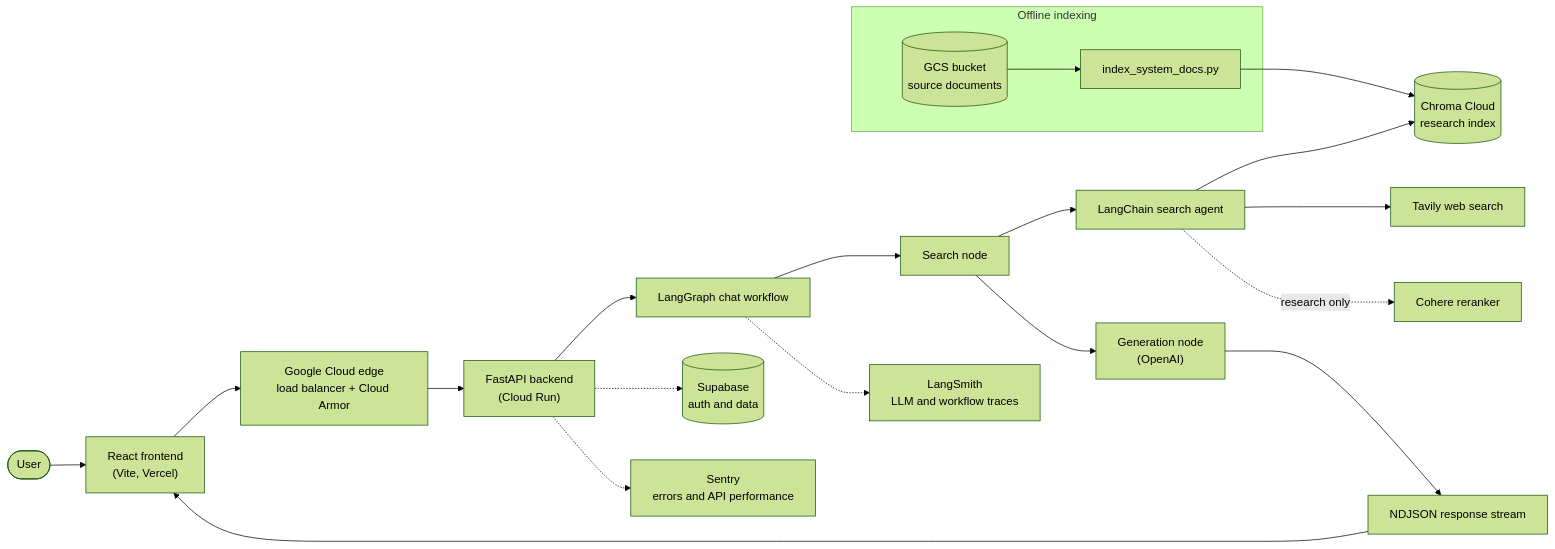
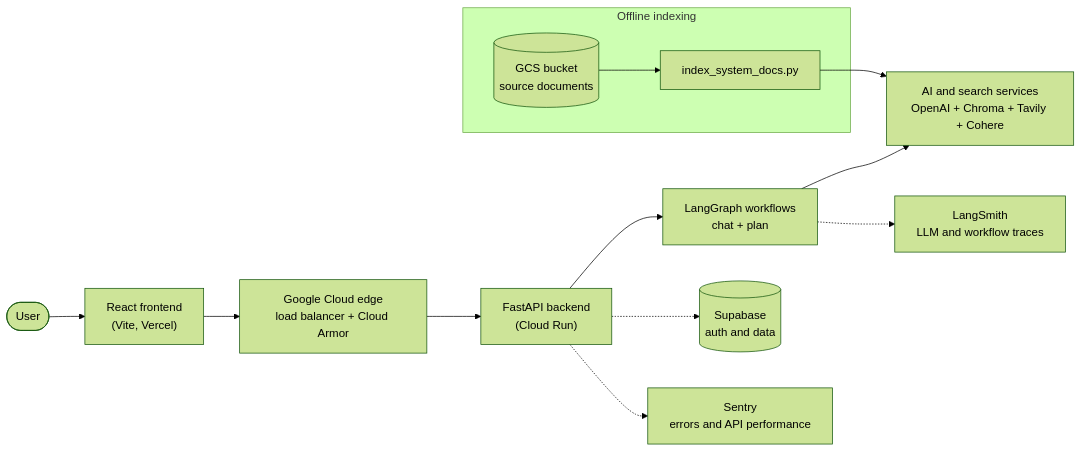
One commit to xurichard19/strength-and-conditioning-rag changed the first of 3 diagrams in README.md. Above: the diagram before and after it, drawn with Mermaid (forest theme). The commit also changed other lines of this file, not shown here.

First line of the commit message:
Refresh architecture docs and diagrams

````diff
--- a/README.md
+++ b/README.md
@@ -9,25 +9,17 @@
 ```mermaid
 flowchart LR
     User(["User"]) --> FE["React frontend<br/>(Vite, Vercel)"]
     FE --> Edge["Google Cloud edge<br/>load balancer + Cloud Armor"]
     Edge --> API["FastAPI backend<br/>(Cloud Run)"]
 
-    API --> Graph["LangGraph chat workflow"]
-    Graph --> Search["Search node"]
-    Search --> Agent["LangChain search agent"]
-    Agent --> Chroma[("Chroma Cloud<br/>research index")]
-    Agent --> Tavily["Tavily web search"]
-    Agent -. "research only" .-> Cohere["Cohere reranker"]
-    Search --> Generate["Generation node<br/>(OpenAI)"]
-    Generate --> Stream["NDJSON response stream"]
-    Stream --> FE
-
+    API --> Workflows["LangGraph workflows<br/>chat + plan"]
+    Workflows --> AI["AI and search services<br/>OpenAI + Chroma + Tavily + Cohere"]
     API -.-> Supabase[("Supabase<br/>auth and data")]
     API -.-> Sentry["Sentry<br/>errors and API performance"]
-    Graph -.-> LangSmith["LangSmith<br/>LLM and workflow traces"]
+    Workflows -.-> LangSmith["LangSmith<br/>LLM and workflow traces"]
 
     subgraph Ingestion["Offline indexing"]
         Docs[("GCS bucket<br/>source documents")] --> Index["index_system_docs.py"]
     end
-    Index --> Chroma
+    Index --> AI
 ```
````
